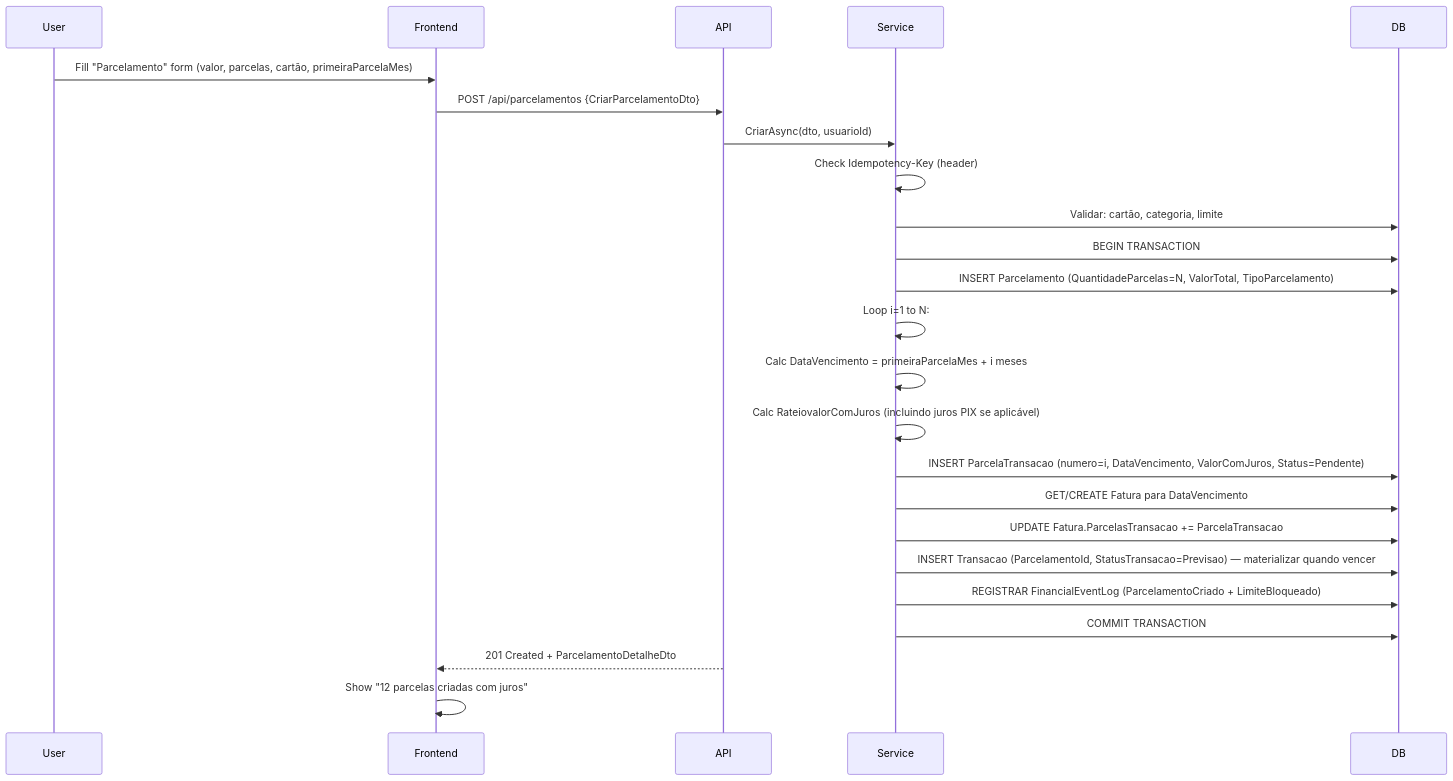
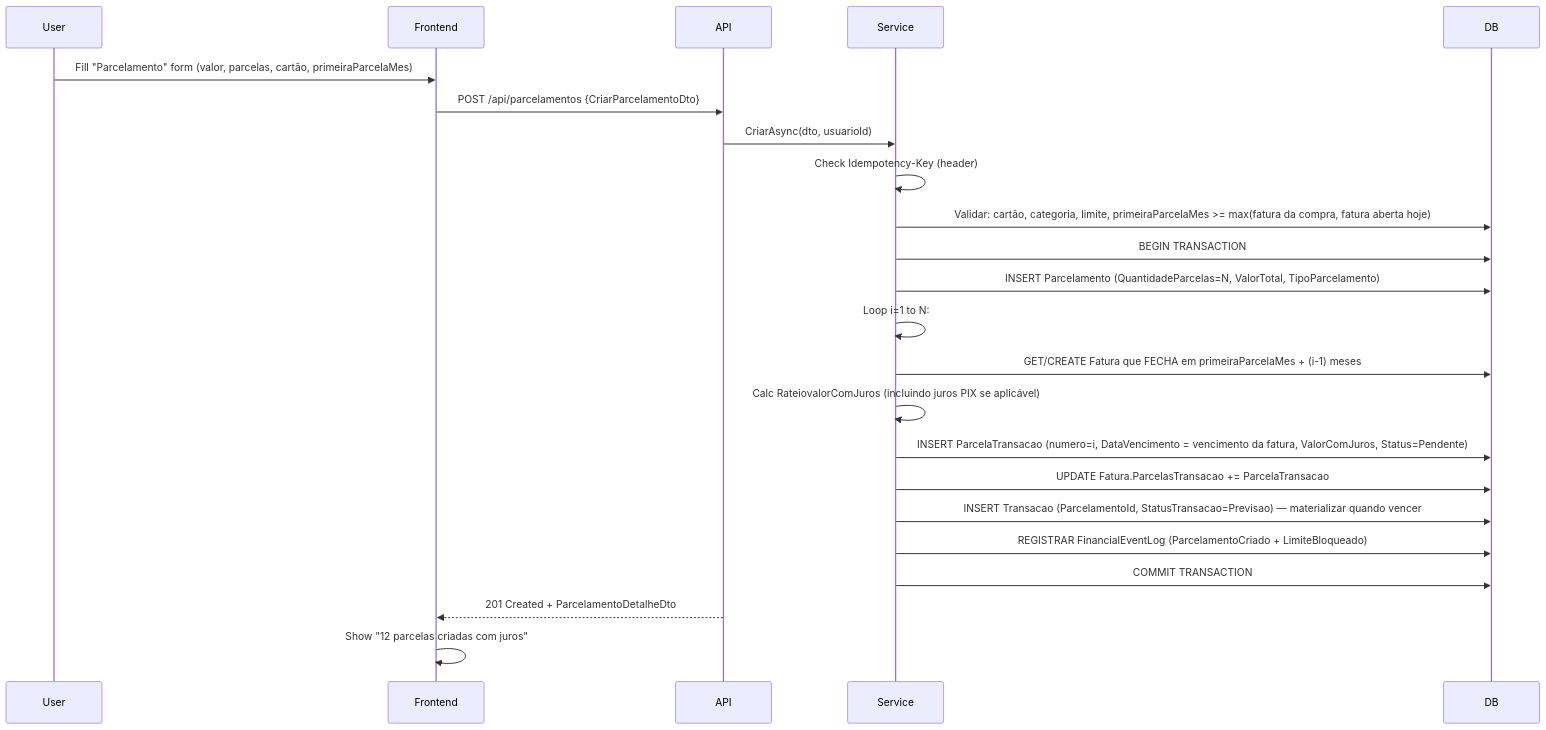
Before and after one commit to GustavoPontess/controle-financeiro: the third of 10 diagrams in docs/FLOWS.md, drawn with Mermaid. The commit also changed other lines of this file and 31 other files, not shown here.

First line of the commit message:
fix(parcelamentos): 1ª parcela na fatura do mês escolhido + PontesMonthInput (#275)

````diff
--- a/docs/FLOWS.md
+++ b/docs/FLOWS.md
@@ -64,21 +64,20 @@
 ```mermaid
 sequenceDiagram
     User->>Frontend: Fill "Parcelamento" form (valor, parcelas, cartão, primeiraParcelaMes)
     Frontend->>API: POST /api/parcelamentos {CriarParcelamentoDto}
     API->>Service: CriarAsync(dto, usuarioId)
     Service->>Service: Check Idempotency-Key (header)
-    Service->>DB: Validar: cartão, categoria, limite
+    Service->>DB: Validar: cartão, categoria, limite, primeiraParcelaMes >= max(fatura da compra, fatura aberta hoje)
     Service->>DB: BEGIN TRANSACTION
     Service->>DB: INSERT Parcelamento (QuantidadeParcelas=N, ValorTotal, TipoParcelamento)
     Service->>Service: Loop i=1 to N:
-    Service->>Service: Calc DataVencimento = primeiraParcelaMes + i meses
+    Service->>DB: GET/CREATE Fatura que FECHA em primeiraParcelaMes + (i-1) meses
     Service->>Service: Calc RateiovalorComJuros (incluindo juros PIX se aplicável)
-    Service->>DB: INSERT ParcelaTransacao (numero=i, DataVencimento, ValorComJuros, Status=Pendente)
-    Service->>DB: GET/CREATE Fatura para DataVencimento
+    Service->>DB: INSERT ParcelaTransacao (numero=i, DataVencimento = vencimento da fatura, ValorComJuros, Status=Pendente)
     Service->>DB: UPDATE Fatura.ParcelasTransacao += ParcelaTransacao
     Service->>DB: INSERT Transacao (ParcelamentoId, StatusTransacao=Previsao) — materializar quando vencer
     Service->>DB: REGISTRAR FinancialEventLog (ParcelamentoCriado + LimiteBloqueado)
     Service->>DB: COMMIT TRANSACTION
     API-->>Frontend: 201 Created + ParcelamentoDetalheDto
     Frontend->>Frontend: Show "12 parcelas criadas com juros"
 ```
````
